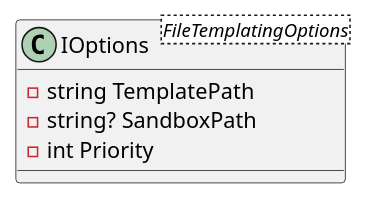
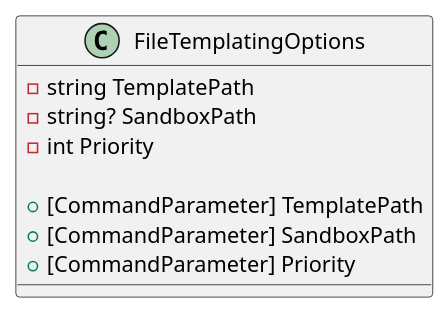
The second of 5 diagrams in docs/generated/Framework/Eliassen.System/Text/Templating/Documentation.md (mwwhited-forks/dotnet-libs), drawn with PlantUML before and after one commit. The commit also changed other lines of this file and 444 other files, not shown here.

````diff
--- a/docs/generated/Framework/Eliassen.System/Text/Templating/Documentation.md
+++ b/docs/generated/Framework/Eliassen.System/Text/Templating/Documentation.md
@@ -27,9 +36,14 @@
 ```plantuml
 @startuml
-class IOptions<FileTemplatingOptions> {
-    - string TemplatePath
-    - string? SandboxPath
-    - int Priority
+class FileTemplatingOptions {
+  - string TemplatePath
+  - string? SandboxPath
+  - int Priority
+
+  + [CommandParameter] TemplatePath
+  + [CommandParameter] SandboxPath
+  + [CommandParameter] Priority
 }
+
 @enduml
 ```
````
